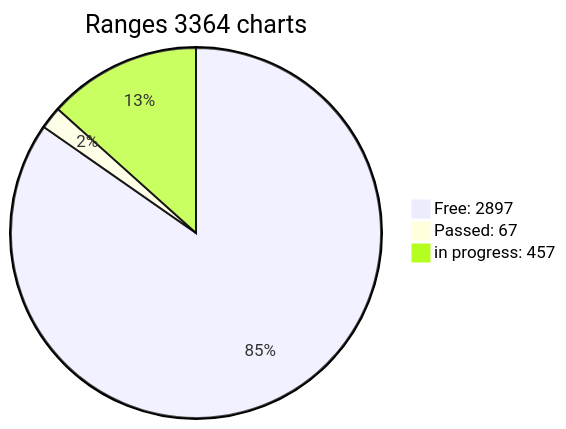
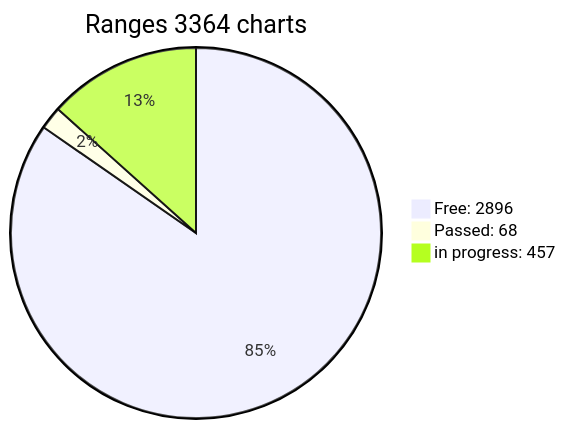
One commit to phrutis/wif500 changed the diagram in x64/Release/table.md. Above: the diagram before and after it, drawn with Mermaid. The commit also changed other lines of this file, not shown here.

````diff
--- a/x64/Release/table.md
+++ b/x64/Release/table.md
@@ -3,6 +3,6 @@
 ```mermaid
 pie title Ranges 3364 charts
-"Free: 2897" : 2897
-"Passed: 67" : 67
+"Free: 2896" : 2896
+"Passed: 68" : 68
 "in progress: 457" : 457
 ``` 
````
